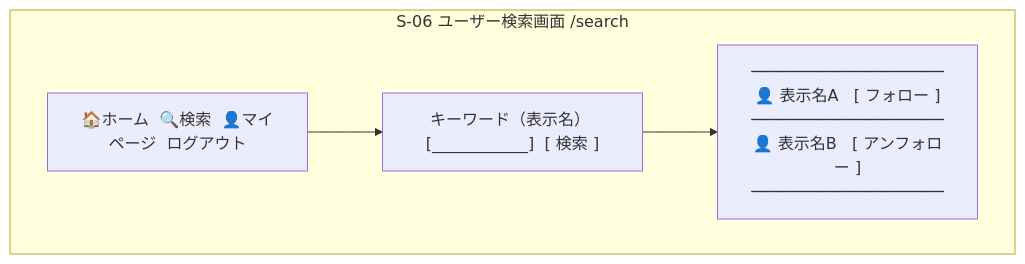
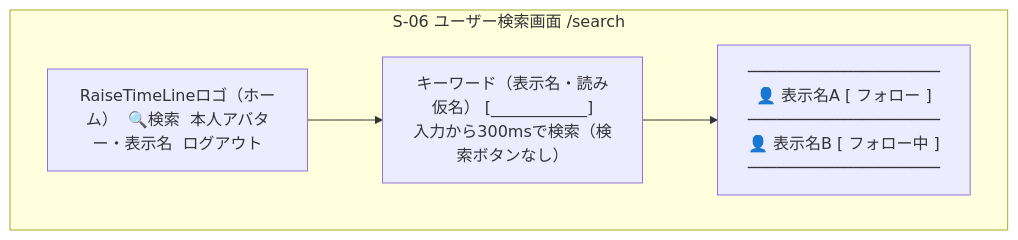
The sixth of 11 diagrams in docs/details/wireframes.md (yamamotonaoki3/RaiseTimeLine), drawn with Mermaid before and after one commit. The commit also changed other lines of this file and 27 other files, not shown here.

````diff
--- a/docs/details/wireframes.md
+++ b/docs/details/wireframes.md
@@ -88,9 +88,9 @@
 ```mermaid
 flowchart TB
     subgraph S06["S-06 ユーザー検索画面 /search"]
-        Nav["🏠ホーム  🔍検索  👤マイページ  ログアウト"]
-        SearchForm["キーワード（表示名） [____________]  [ 検索 ]"]
-        ResultList["────────────────────\n👤 表示名A   [ フォロー ]\n────────────────────\n👤 表示名B   [ アンフォロー ]\n────────────────────"]
+        Nav["RaiseTimeLineロゴ（ホーム）  🔍検索  本人アバター・表示名  ログアウト"]
+        SearchForm["キーワード（表示名・読み仮名） [____________]\n入力から300msで検索（検索ボタンなし）"]
+        ResultList["────────────────────\n👤 表示名A   [ フォロー ]\n────────────────────\n👤 表示名B   [ フォロー中 ]\n────────────────────"]
         Nav --> SearchForm --> ResultList
     end
 ```
````
